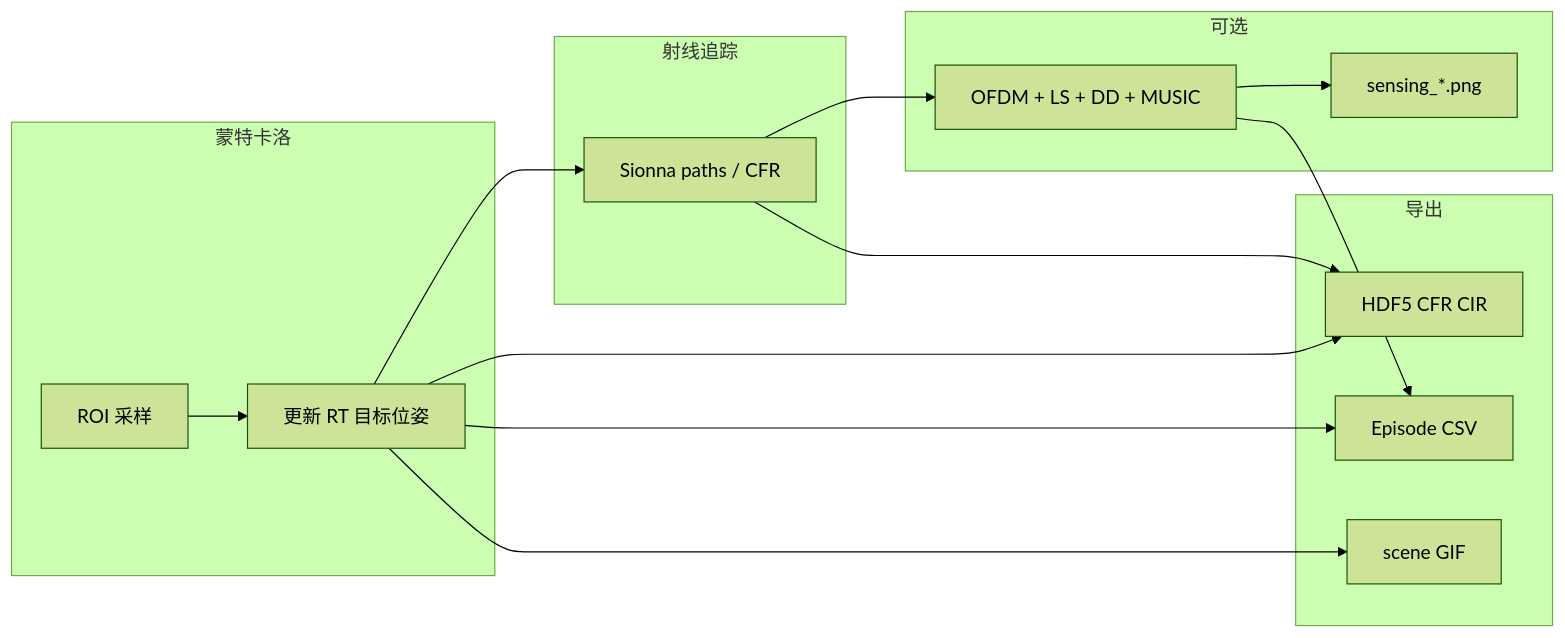
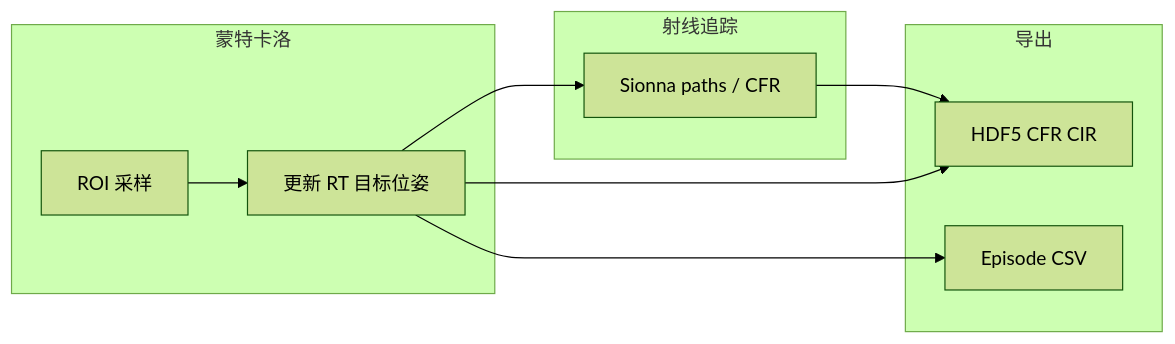
One commit to GitLinhp/isac changed the second of 2 diagrams in docs/run_dataset_collection.md. Above: the diagram before and after it, drawn with Mermaid (forest theme). The commit also changed other lines of this file and 2 other files, not shown here.

````diff
--- a/docs/run_dataset_collection.md
+++ b/docs/run_dataset_collection.md
@@ -345,20 +218,14 @@
 ```mermaid
 flowchart LR
     subgraph mc [蒙特卡洛]
         roi[ROI 采样] --> pose[更新 RT 目标位姿]
     end
     subgraph rt [射线追踪]
         pose --> paths[Sionna paths / CFR]
     end
-    subgraph optional [可选]
-        paths --> sense[OFDM + LS + DD + MUSIC]
-        sense --> png[sensing_*.png]
-    end
     subgraph export [导出]
         paths --> h5[HDF5 CFR CIR]
         pose --> h5
         pose --> csv[Episode CSV]
-        sense --> csv
-        pose --> gif[scene GIF]
     end
 ```
````
